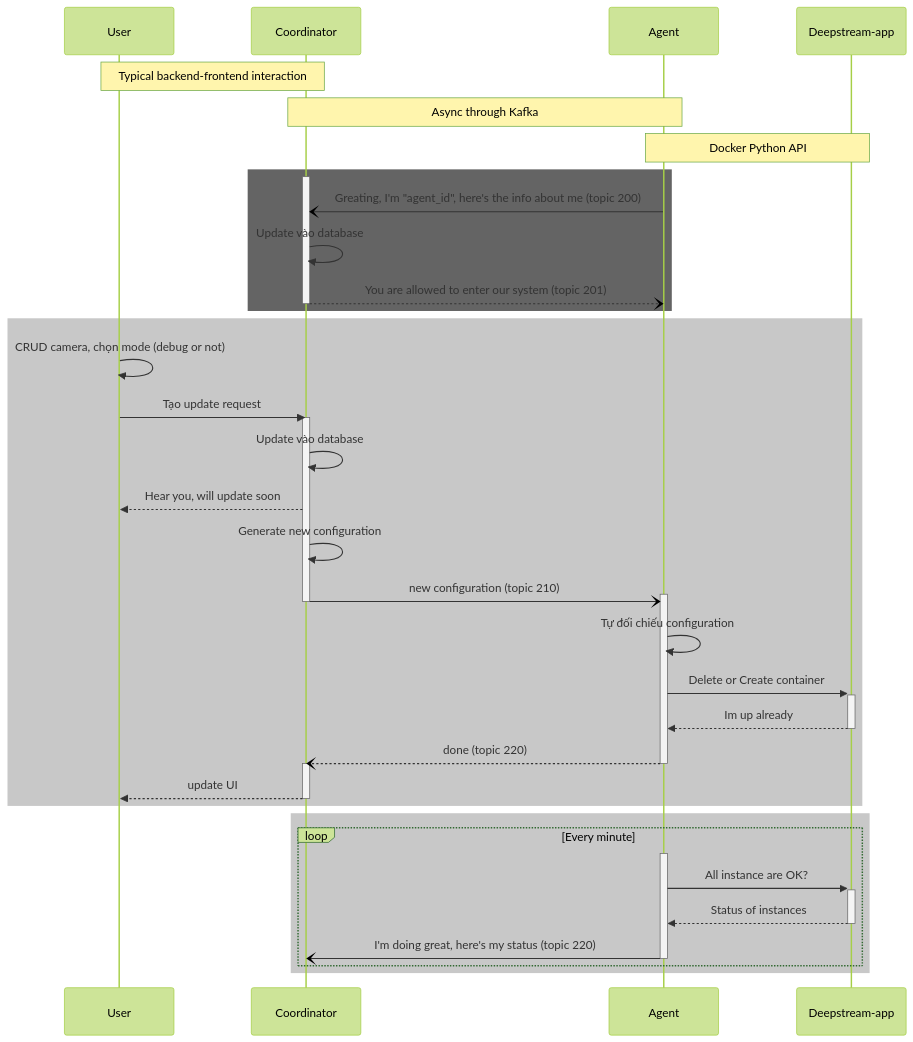
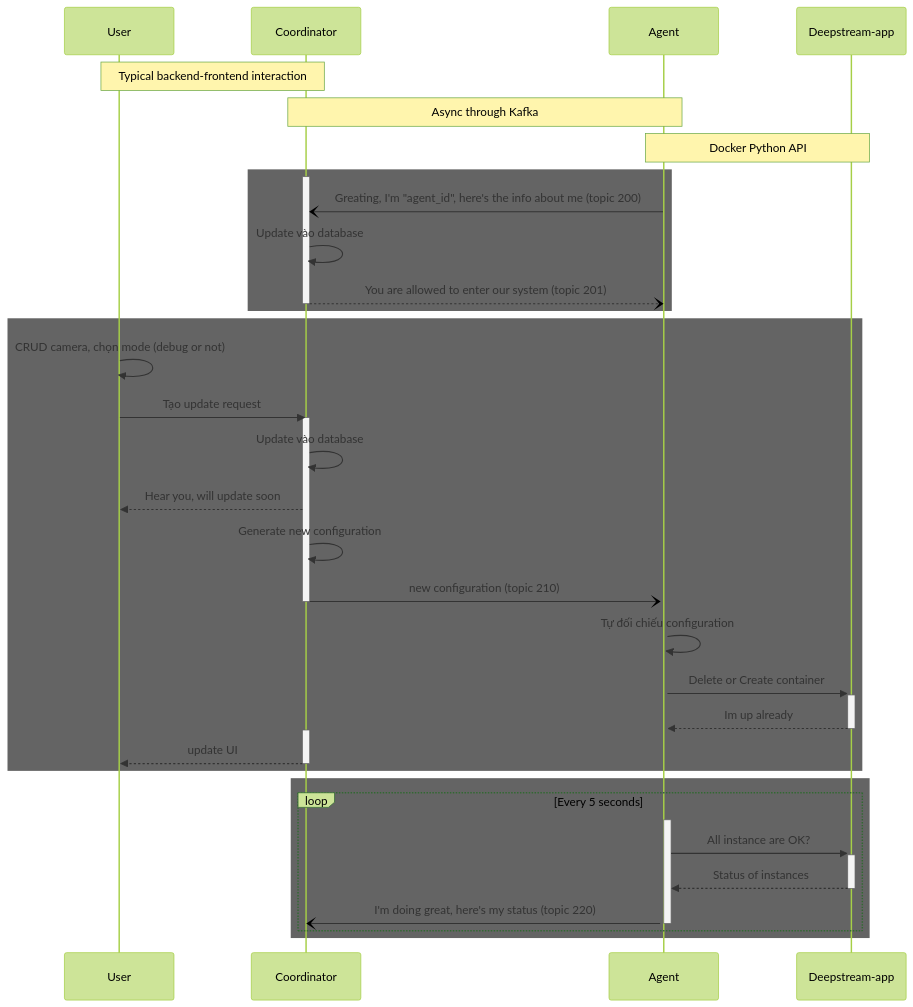
The second of 4 diagrams in README.md (bqm1111/CCM), drawn with Mermaid (forest theme) before and after one commit. The commit also changed other lines of this file and 4 other files, not shown here.

````diff
--- a/README.md
+++ b/README.md
@@ -34,46 +25,45 @@
 ```mermaid
 sequenceDiagram
     participant U as User
     participant C as Coordinator
     participant A as Agent
     participant D as Deepstream-app
     Note over U,C: Typical backend-frontend interaction
     Note over C,A: Async through Kafka
     Note over A,D: Docker Python API
 
     rect rgb(100, 100, 100)
     activate C
     A-)C: Greating, I'm "agent_id", here's the info about me (topic 200)
     C->>C: Update vào database
     C--)A: You are allowed to enter our system (topic 201)
     deactivate C
     end
 
-    rect rgb(200, 200, 200)
+    rect rgb(100, 100, 100)
     U->>U: CRUD camera, chọn mode (debug or not)
     U->>C: Tạo update request
     activate C
     C->>C: Update vào database
     C-->>U: Hear you, will update soon
     C->>C: Generate new configuration
     C-)+A: new configuration (topic 210)
     deactivate C
     A->>A: Tự đối chiếu configuration
     A->>+D: Delete or Create container
     D-->>-A: Im up already
-    A--)-C: done (topic 220)
     activate C
     C-->>U: update UI
     deactivate C
     end
 
-    rect rgb(200, 200, 200)
-    loop Every minute
+    rect rgb(100, 100, 100)
+    loop Every 5 seconds
     activate A
     A->>+D: All instance are OK?
     D-->>-A: Status of instances
     A-)C: I'm doing great, here's my status (topic 220)
     deactivate A
     end
     end
 ```
````
